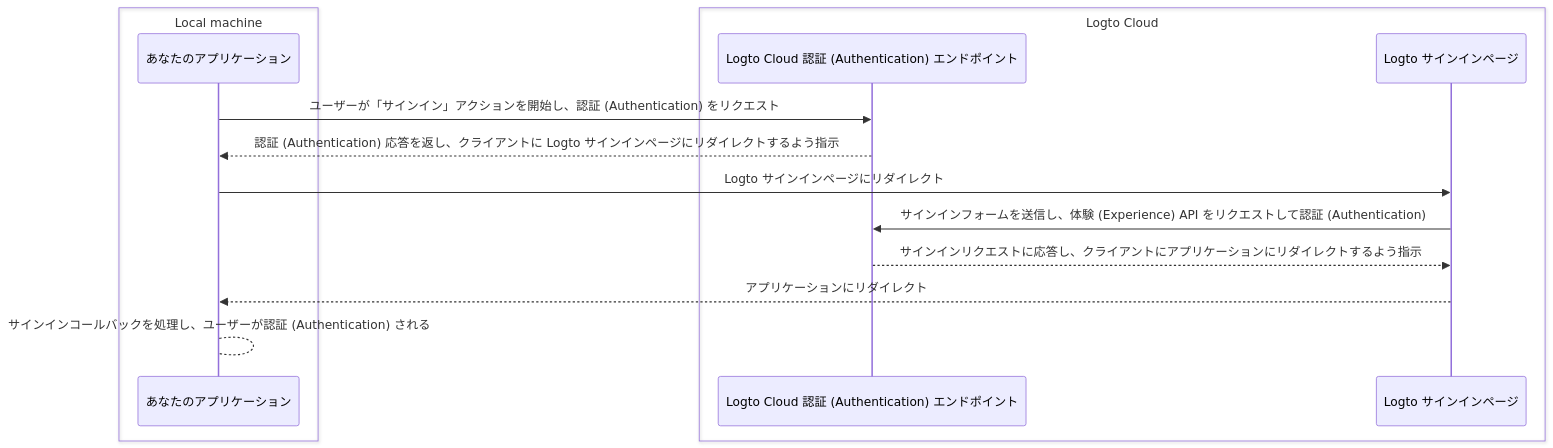
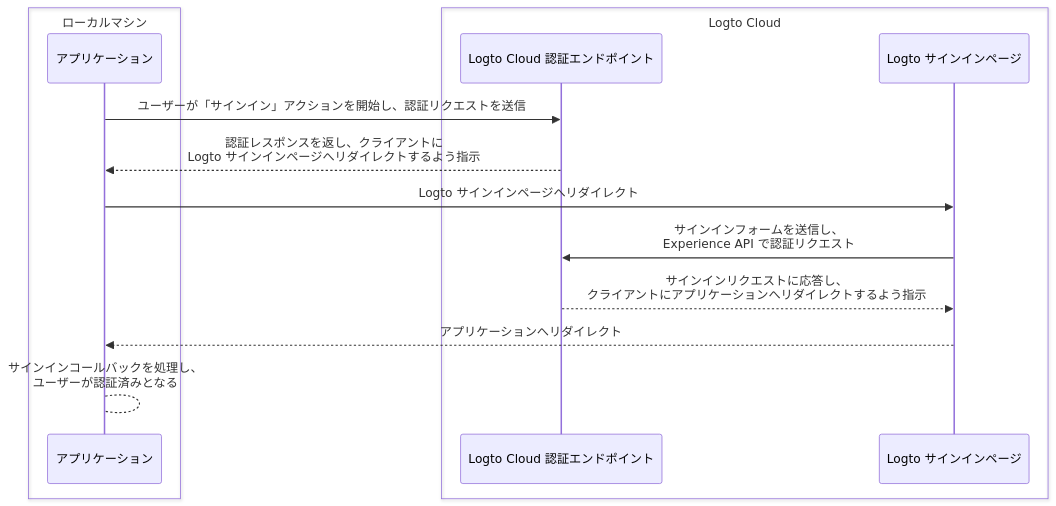
The first of 2 diagrams in i18n/ja/docusaurus-plugin-content-docs/current/customization/bring-your-ui/debug-and-test-your-custom-ui-locally.mdx (logto-io/docs), drawn with Mermaid before and after one commit. The commit also changed other lines of this file and 666 other files, not shown here.

````diff
--- a/i18n/ja/docusaurus-plugin-content-docs/current/customization/bring-your-ui/debug-and-test-your-custom-ui-locally.mdx
+++ b/i18n/ja/docusaurus-plugin-content-docs/current/customization/bring-your-ui/debug-and-test-your-custom-ui-locally.mdx
@@ -18,17 +19,17 @@
 ```mermaid
 sequenceDiagram
-    box Local machine
-    participant A as あなたのアプリケーション
+    box ローカルマシン
+    participant A as アプリケーション
     end
     box Logto Cloud
-    participant B as Logto Cloud 認証 (Authentication) エンドポイント
+    participant B as Logto Cloud 認証エンドポイント
     participant C as Logto サインインページ
     end
-    A ->> B: ユーザーが「サインイン」アクションを開始し、認証 (Authentication) をリクエスト
-    B -->> A: 認証 (Authentication) 応答を返し、クライアントに Logto サインインページにリダイレクトするよう指示
-    A ->> C: Logto サインインページにリダイレクト
-    C ->> B: サインインフォームを送信し、体験 (Experience) API をリクエストして認証 (Authentication)
-    B -->> C: サインインリクエストに応答し、クライアントにアプリケーションにリダイレクトするよう指示
-    C -->> A: アプリケーションにリダイレクト
-    A --> A: サインインコールバックを処理し、ユーザーが認証 (Authentication) される
+    A ->> B: ユーザーが「サインイン」アクションを開始し、認証リクエストを送信
+    B -->> A: 認証レスポンスを返し、クライアントに<br/>Logto サインインページへリダイレクトするよう指示
+    A ->> C: Logto サインインページへリダイレクト
+    C ->> B: サインインフォームを送信し、<br/>Experience API で認証リクエスト
+    B -->> C: サインインリクエストに応答し、<br/>クライアントにアプリケーションへリダイレクトするよう指示
+    C -->> A: アプリケーションへリダイレクト
+    A --> A: サインインコールバックを処理し、<br/>ユーザーが認証済みとなる
 ```
````
